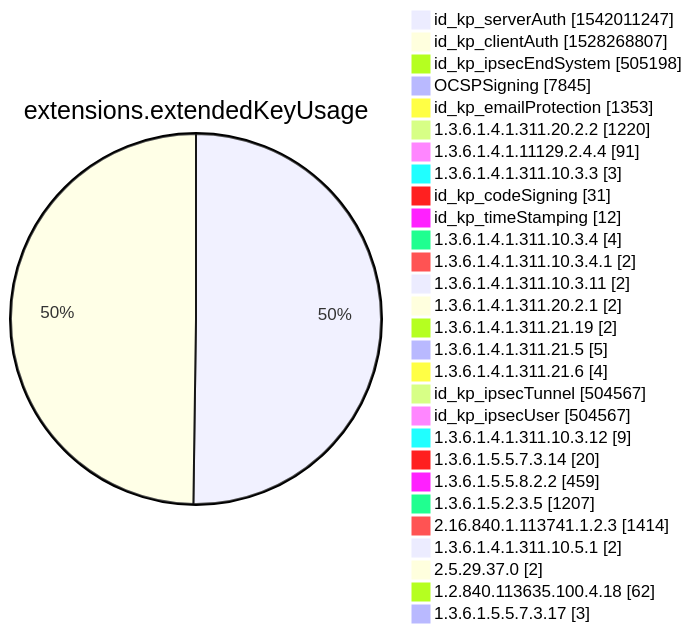
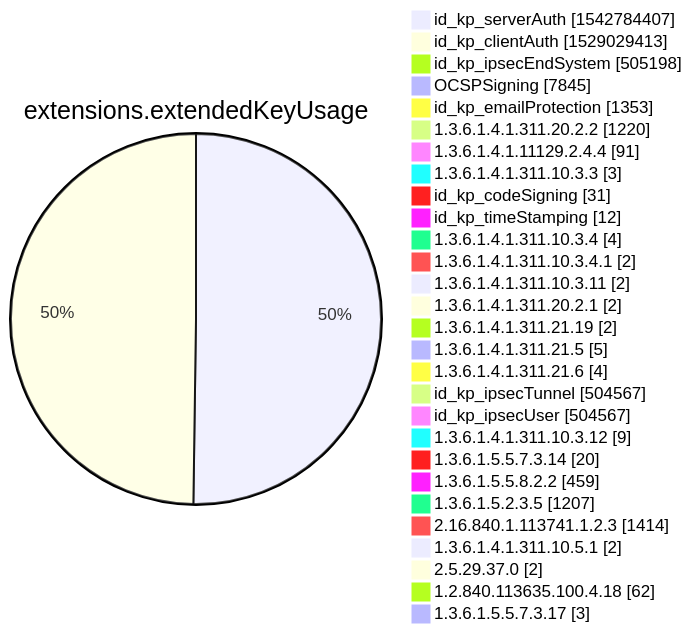
Diagram 12 of 15 in xenon2022/README.md (christiankrug/ctmonitor_visualization), drawn with Mermaid before and after one commit. The commit also changed other lines of this file, not shown here.

````diff
--- a/xenon2022/README.md
+++ b/xenon2022/README.md
@@ -3880,32 +3880,32 @@
 ```mermaid
 pie showData
 title extensions.extendedKeyUsage
-"id_kp_serverAuth" :1542011247
-"id_kp_clientAuth" :1528268807
+"id_kp_serverAuth" :1542784407
+"id_kp_clientAuth" :1529029413
 "id_kp_ipsecEndSystem" :505198
 "OCSPSigning" :7845
 "id_kp_emailProtection" :1353
 "1.3.6.1.4.1.311.20.2.2" :1220
 "1.3.6.1.4.1.11129.2.4.4" :91
 "1.3.6.1.4.1.311.10.3.3" :3
 "id_kp_codeSigning" :31
 "id_kp_timeStamping" :12
 "1.3.6.1.4.1.311.10.3.4" :4
 "1.3.6.1.4.1.311.10.3.4.1" :2
 "1.3.6.1.4.1.311.10.3.11" :2
 "1.3.6.1.4.1.311.20.2.1" :2
 "1.3.6.1.4.1.311.21.19" :2
 "1.3.6.1.4.1.311.21.5" :5
 "1.3.6.1.4.1.311.21.6" :4
 "id_kp_ipsecTunnel" :504567
 "id_kp_ipsecUser" :504567
 "1.3.6.1.4.1.311.10.3.12" :9
 "1.3.6.1.5.5.7.3.14" :20
 "1.3.6.1.5.5.8.2.2" :459
 "1.3.6.1.5.2.3.5" :1207
 "2.16.840.1.113741.1.2.3" :1414
 "1.3.6.1.4.1.311.10.5.1" :2
 "2.5.29.37.0" :2
 "1.2.840.113635.100.4.18" :62
 "1.3.6.1.5.5.7.3.17" :3
 ```
````
